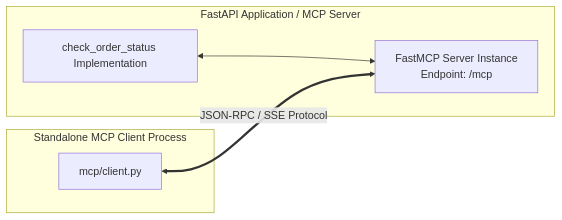
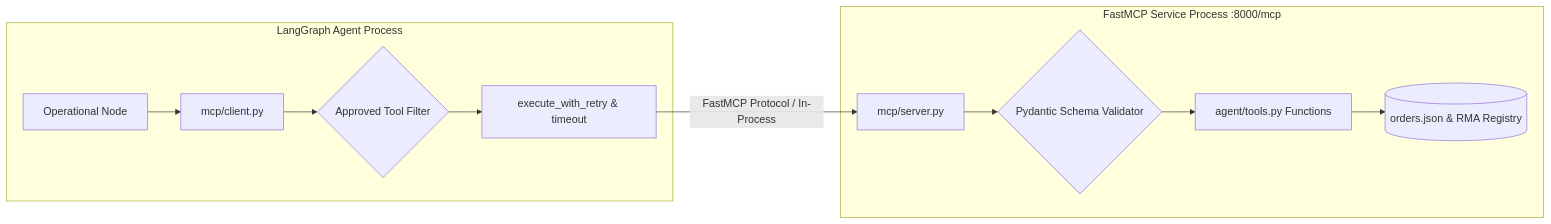
One commit to Garima09-work/E-commerce changed the fourth of 4 diagrams in README.md. Above: the diagram before and after it, drawn with Mermaid. The commit also changed other lines of this file, not shown here.

````diff
--- a/README.md
+++ b/README.md
@@ -317,14 +397,15 @@
 ```mermaid
 flowchart LR
-    subgraph HostService [FastAPI Application / MCP Server]
-        CoreTool[check_order_status Implementation]
-        MCPServer[FastMCP Server Instance<br/>Endpoint: /mcp]
-        CoreTool <--> MCPServer
+    subgraph Agent_Process [LangGraph Agent Process]
+        OrderNode[Operational Node] --> ClientWrapper[mcp/client.py]
+        ClientWrapper --> Whitelist{Approved Tool Filter}
+        Whitelist --> RetryTimeout[execute_with_retry & timeout]
     end
 
-    subgraph ExternalClient [Standalone MCP Client Process]
-        MCPClient[mcp/client.py]
+    subgraph MCP_Server_Process [FastMCP Service Process :8000/mcp]
+        RetryTimeout -->|FastMCP Protocol / In-Process| Server[mcp/server.py]
+        Server --> Validator{Pydantic Schema Validator}
+        Validator --> ToolImpl[agent/tools.py Functions]
+        ToolImpl --> Storage[(orders.json & RMA Registry)]
     end
-
-    MCPClient <==>|JSON-RPC / SSE Protocol| MCPServer
 ```
````
